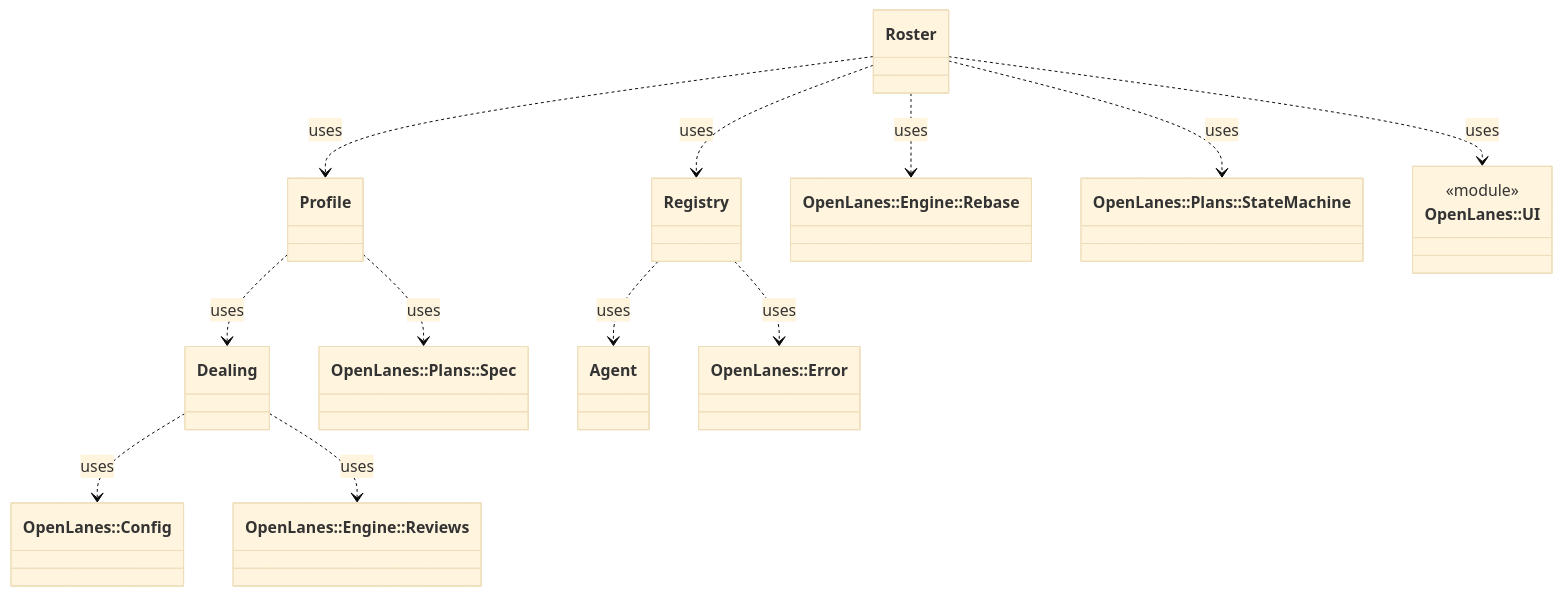
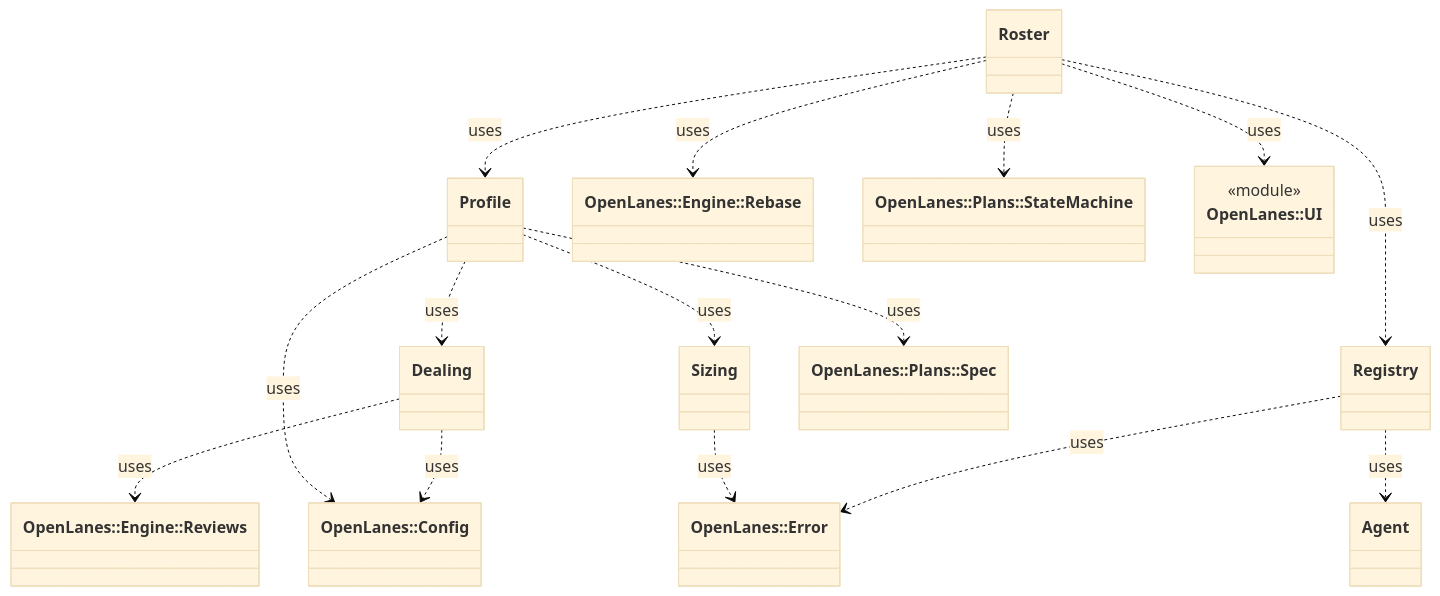
Before and after one commit to kigster/openlanes: the diagram in docs/architecture/openlanes-agents.md, drawn with Mermaid (base theme). The commit also changed 47 other files, not shown here.

````diff
--- a/docs/architecture/openlanes-agents.md
+++ b/docs/architecture/openlanes-agents.md
@@ -5,27 +5,31 @@
 ```mermaid
 classDiagram
   class OpenLanes__Agents__Agent["Agent"]
   class OpenLanes__Agents__Dealing["Dealing"]
   class OpenLanes__Agents__Profile["Profile"]
   class OpenLanes__Agents__Registry["Registry"]
   class OpenLanes__Agents__Roster["Roster"]
+  class OpenLanes__Agents__Sizing["Sizing"]
   class OpenLanes__Config["OpenLanes::Config"]
   class OpenLanes__Engine__Rebase["OpenLanes::Engine::Rebase"]
   class OpenLanes__Engine__Reviews["OpenLanes::Engine::Reviews"]
   class OpenLanes__Error["OpenLanes::Error"]
   class OpenLanes__Plans__Spec["OpenLanes::Plans::Spec"]
   class OpenLanes__Plans__StateMachine["OpenLanes::Plans::StateMachine"]
   class OpenLanes__UI["OpenLanes::UI"]
   <<module>> OpenLanes__UI
   OpenLanes__Agents__Dealing ..> OpenLanes__Config : uses
   OpenLanes__Agents__Dealing ..> OpenLanes__Engine__Reviews : uses
   OpenLanes__Agents__Profile ..> OpenLanes__Agents__Dealing : uses
+  OpenLanes__Agents__Profile ..> OpenLanes__Agents__Sizing : uses
+  OpenLanes__Agents__Profile ..> OpenLanes__Config : uses
   OpenLanes__Agents__Profile ..> OpenLanes__Plans__Spec : uses
   OpenLanes__Agents__Registry ..> OpenLanes__Agents__Agent : uses
   OpenLanes__Agents__Registry ..> OpenLanes__Error : uses
   OpenLanes__Agents__Roster ..> OpenLanes__Agents__Profile : uses
   OpenLanes__Agents__Roster ..> OpenLanes__Agents__Registry : uses
   OpenLanes__Agents__Roster ..> OpenLanes__Engine__Rebase : uses
   OpenLanes__Agents__Roster ..> OpenLanes__Plans__StateMachine : uses
   OpenLanes__Agents__Roster ..> OpenLanes__UI : uses
+  OpenLanes__Agents__Sizing ..> OpenLanes__Error : uses
 ```
````
